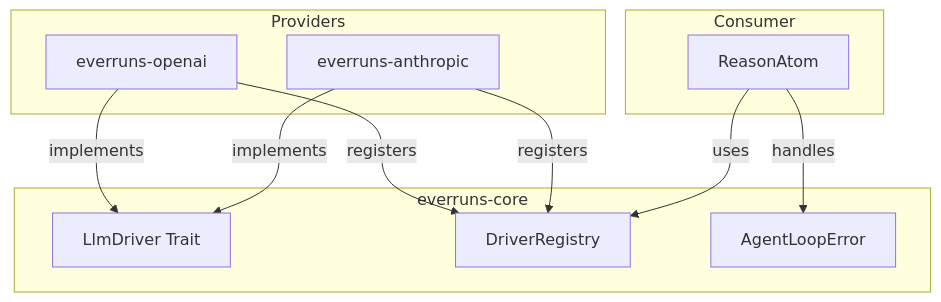
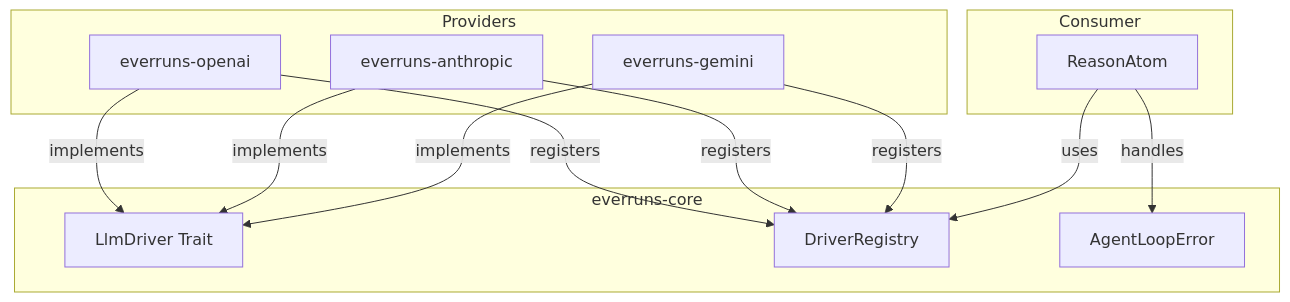
The first of 2 diagrams in specs/llm-drivers.md (everruns/everruns), drawn with Mermaid before and after one commit. The commit also changed other lines of this file and 33 other files, not shown here.

First line of the commit message:
feat(gemini): add Google Gemini API support and parametrize LLM integration tests (#437)

````diff
--- a/specs/llm-drivers.md
+++ b/specs/llm-drivers.md
@@ -9,24 +9,27 @@
 ```mermaid
 graph TD
     subgraph Core [everruns-core]
         LlmDriver[LlmDriver Trait]
         Registry[DriverRegistry]
         Errors[AgentLoopError]
     end
 
     subgraph Providers
         OpenAI[everruns-openai]
         Anthropic[everruns-anthropic]
+        Gemini[everruns-gemini]
     end
 
     subgraph Consumer
         ReasonAtom[ReasonAtom]
     end
 
     OpenAI -->|implements| LlmDriver
     Anthropic -->|implements| LlmDriver
+    Gemini -->|implements| LlmDriver
     OpenAI -->|registers| Registry
     Anthropic -->|registers| Registry
+    Gemini -->|registers| Registry
     ReasonAtom -->|uses| Registry
     ReasonAtom -->|handles| Errors
 ```
````
